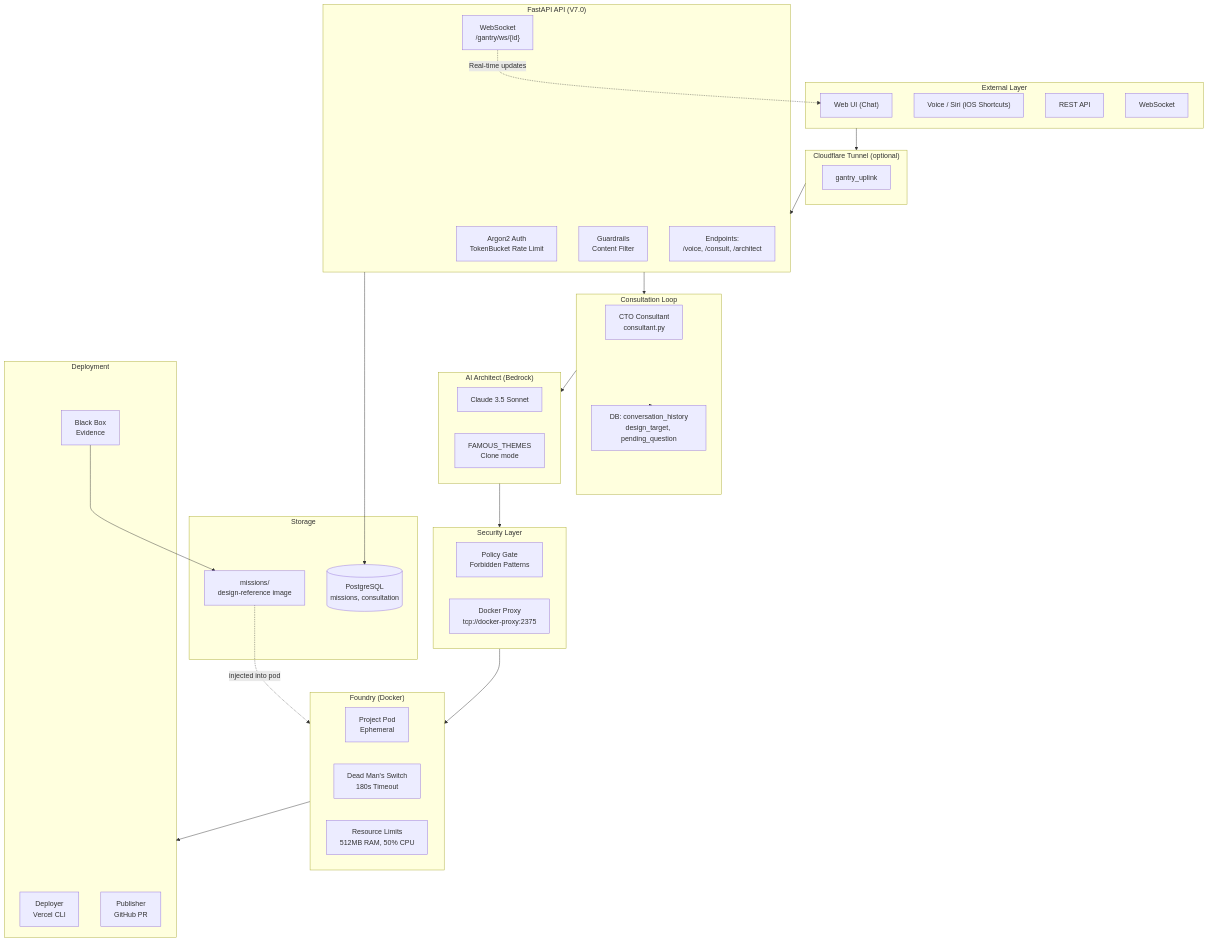
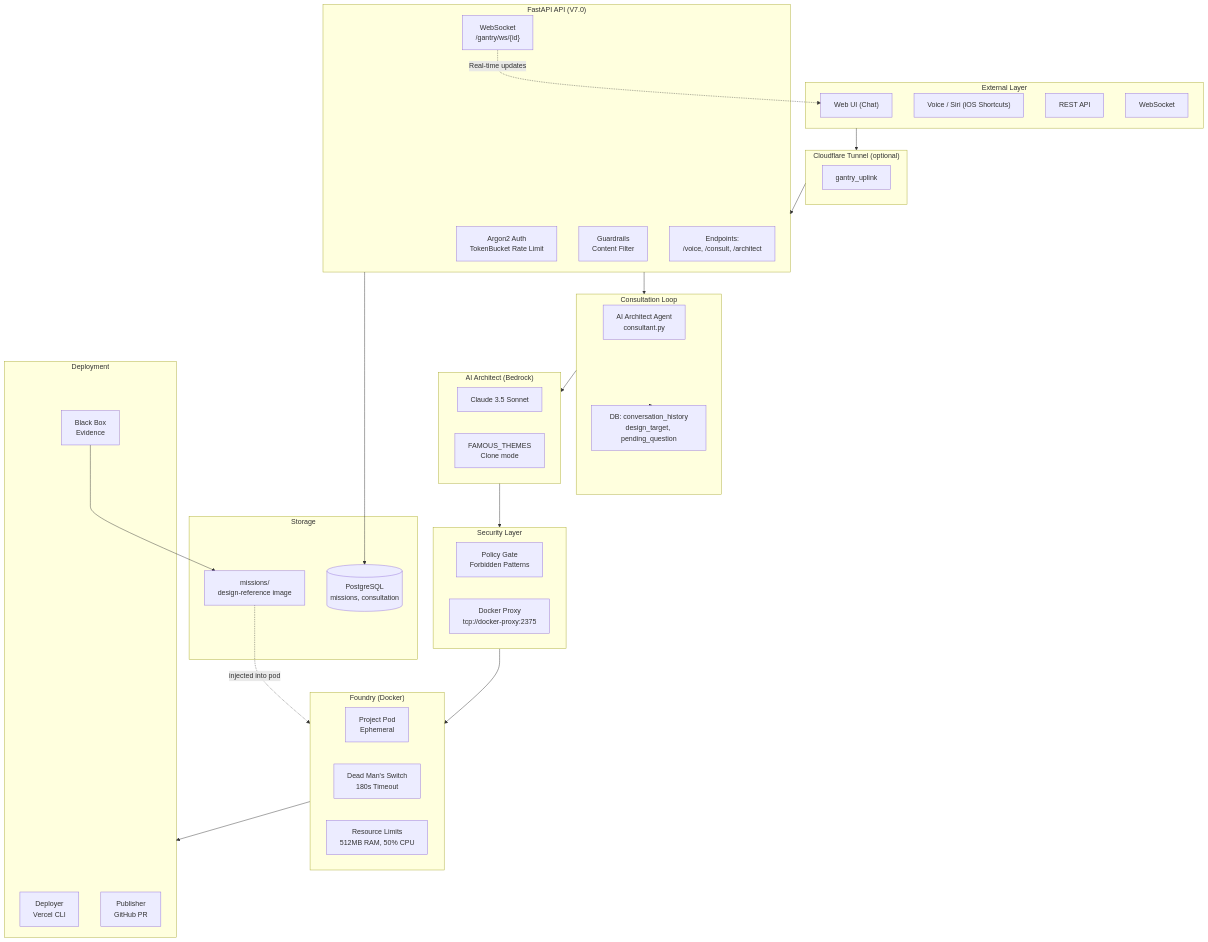
The first of 5 diagrams in ARCHITECTURE.md (Jarvis2021/gantry), drawn with Mermaid before and after one commit. The commit also changed other lines of this file and 4 other files, not shown here.

First line of the commit message:
refactor: Rename CTO Consultant to AI Architect Agent

````diff
--- a/ARCHITECTURE.md
+++ b/ARCHITECTURE.md
@@ -36,64 +36,64 @@
 ```mermaid
 flowchart TB
     subgraph External["External Layer"]
         WebUI["Web UI (Chat)"]
         Voice["Voice / Siri (iOS Shortcuts)"]
         API["REST API"]
         WS["WebSocket"]
     end
 
     subgraph Tunnel["Cloudflare Tunnel (optional)"]
         Uplink["gantry_uplink"]
     end
 
     subgraph FastAPI["FastAPI API (V7.0)"]
         Auth["Argon2 Auth<br/>TokenBucket Rate Limit"]
         Guard["Guardrails<br/>Content Filter"]
         Endpoints["Endpoints:<br/>/voice, /consult, /architect"]
         WSEndpoint["WebSocket<br/>/gantry/ws/{id}"]
     end
 
     subgraph Consultation["Consultation Loop"]
-        Consultant["CTO Consultant<br/>consultant.py"]
+        Consultant["AI Architect Agent<br/>consultant.py"]
         DB_Conv["DB: conversation_history<br/>design_target, pending_question"]
     end
 
     subgraph Brain["AI Architect (Bedrock)"]
         Claude["Claude 3.5 Sonnet"]
         Themes["FAMOUS_THEMES<br/>Clone mode"]
     end
 
     subgraph Security["Security Layer"]
         Policy["Policy Gate<br/>Forbidden Patterns"]
         Proxy["Docker Proxy<br/>tcp://docker-proxy:2375"]
     end
 
     subgraph Foundry["Foundry (Docker)"]
         Pod["Project Pod<br/>Ephemeral"]
         DMS["Dead Man's Switch<br/>180s Timeout"]
         Limits["Resource Limits<br/>512MB RAM, 50% CPU"]
     end
 
     subgraph Deploy["Deployment"]
         Vercel["Deployer<br/>Vercel CLI"]
         GitHub["Publisher<br/>GitHub PR"]
         BB["Black Box<br/>Evidence"]
     end
 
     subgraph Storage["Storage"]
         DB[(PostgreSQL<br/>missions, consultation)]
         Missions["missions/<br/>design-reference image"]
     end
 
     External --> Tunnel
     Tunnel --> FastAPI
     FastAPI --> Consultation
     WSEndpoint -.->|"Real-time updates"| WebUI
     Consultation --> DB_Conv
     Consultation --> Brain
     Brain --> Security --> Foundry
     Foundry --> Deploy
     FastAPI --> DB
     BB --> Missions
     Missions -.->|"injected into pod"| Foundry
 ```
````
